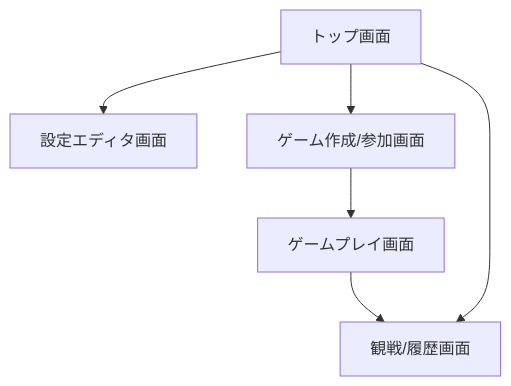
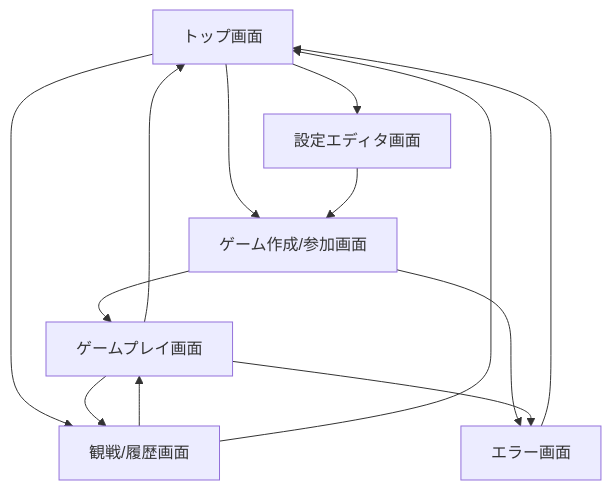
One commit to ikokeba/FelxiBoard changed the first of 2 diagrams in specifications/04_UI_design.md. Above: the diagram before and after it, drawn with Mermaid. The commit also changed other lines of this file and 6 other files, not shown here.

````diff
--- a/specifications/04_UI_design.md
+++ b/specifications/04_UI_design.md
@@ -96,14 +274,18 @@
 ```mermaid
-flowchart TD
-  Top[トップ画面]
-  Editor[設定エディタ画面]
-  Create[ゲーム作成/参加画面]
-  Play[ゲームプレイ画面]
-  Spectate[観戦/履歴画面]
-
-  Top --> Editor
-  Top --> Create
-  Create --> Play
-  Play --> Spectate
-  Top --> Spectate
+graph TD
+    A[トップ画面] --> B[設定エディタ画面]
+    A --> C[ゲーム作成/参加画面]
+    A --> D[観戦/履歴画面]
+    
+    B --> C
+    C --> E[ゲームプレイ画面]
+    E --> D
+    E --> A
+    
+    D --> E
+    D --> A
+    
+    C --> F[エラー画面]
+    E --> F
+    F --> A
 ```
````
